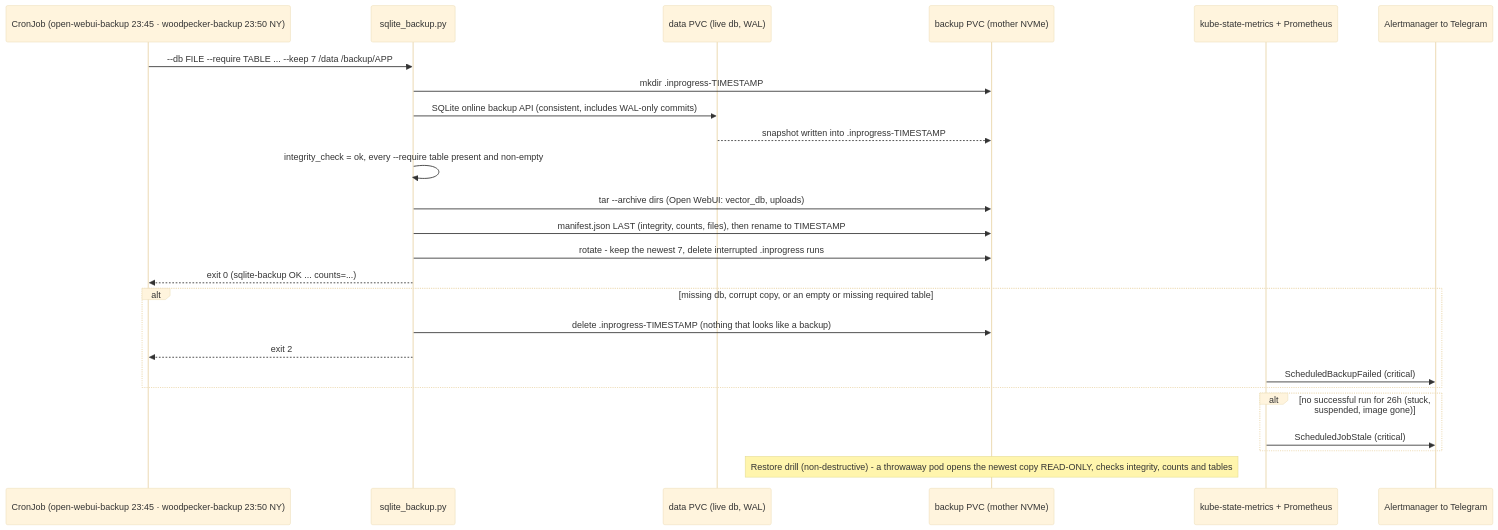
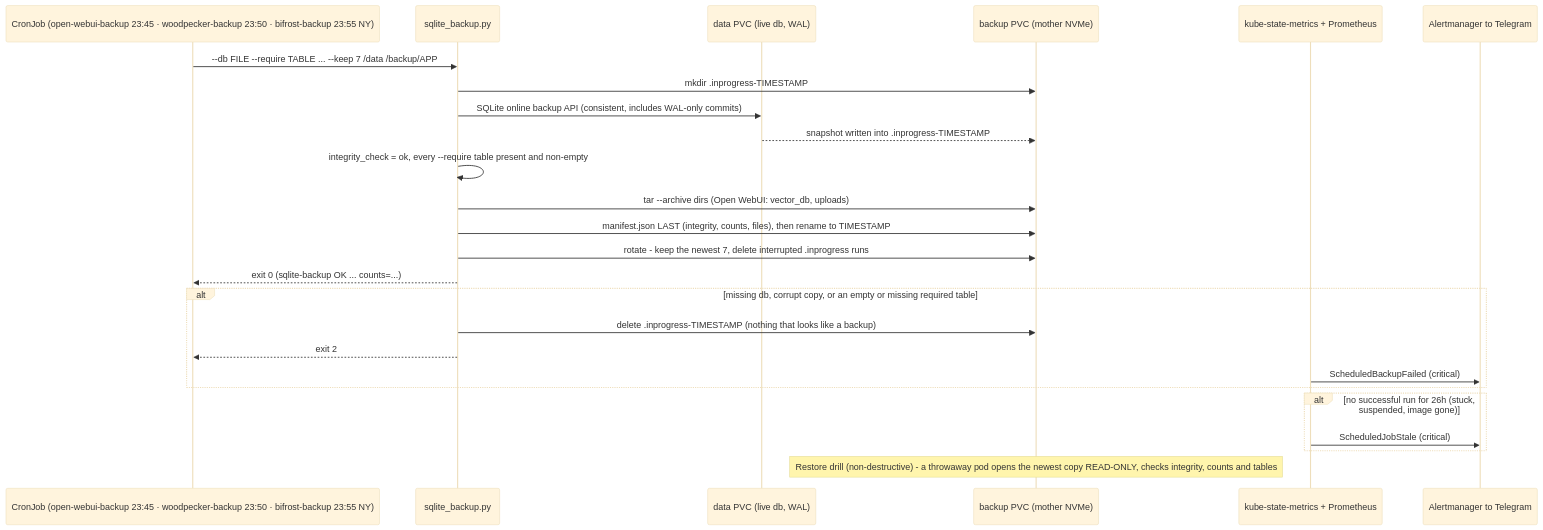
The diagram in docs/diagrams/flow-sqlite-backup.md (edtbl76/weyland-lab), drawn with Mermaid (base theme) before and after one commit. The commit also changed other lines of this file and 24 other files, not shown here.

````diff
--- a/docs/diagrams/flow-sqlite-backup.md
+++ b/docs/diagrams/flow-sqlite-backup.md
@@ -10,28 +12,28 @@
 ```mermaid
 sequenceDiagram
-    participant CJ as CronJob (open-webui-backup 23:45 · woodpecker-backup 23:50 NY)
+    participant CJ as CronJob (open-webui-backup 23:45 · woodpecker-backup 23:50 · bifrost-backup 23:55 NY)
     participant S as sqlite_backup.py
     participant D as data PVC (live db, WAL)
     participant B as backup PVC (mother NVMe)
     participant K as kube-state-metrics + Prometheus
     participant A as Alertmanager to Telegram
 
     CJ->>S: --db FILE --require TABLE ... --keep 7 /data /backup/APP
     S->>B: mkdir .inprogress-TIMESTAMP
     S->>D: SQLite online backup API (consistent, includes WAL-only commits)
     D-->>B: snapshot written into .inprogress-TIMESTAMP
     S->>S: integrity_check = ok, every --require table present and non-empty
     S->>B: tar --archive dirs (Open WebUI: vector_db, uploads)
     S->>B: manifest.json LAST (integrity, counts, files), then rename to TIMESTAMP
     S->>B: rotate - keep the newest 7, delete interrupted .inprogress runs
     S-->>CJ: exit 0 (sqlite-backup OK ... counts=...)
     alt missing db, corrupt copy, or an empty or missing required table
         S->>B: delete .inprogress-TIMESTAMP (nothing that looks like a backup)
         S-->>CJ: exit 2
         K->>A: ScheduledBackupFailed (critical)
     end
     alt no successful run for 26h (stuck, suspended, image gone)
         K->>A: ScheduledJobStale (critical)
     end
     Note over B: Restore drill (non-destructive) - a throwaway pod opens the newest copy READ-ONLY, checks integrity, counts and tables
 ```
````
